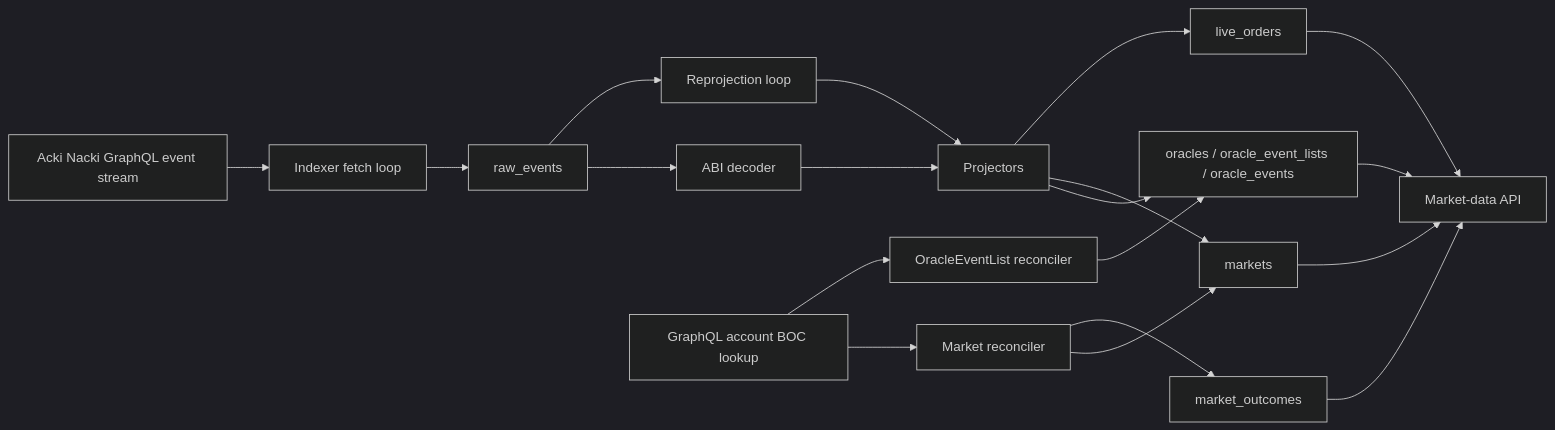
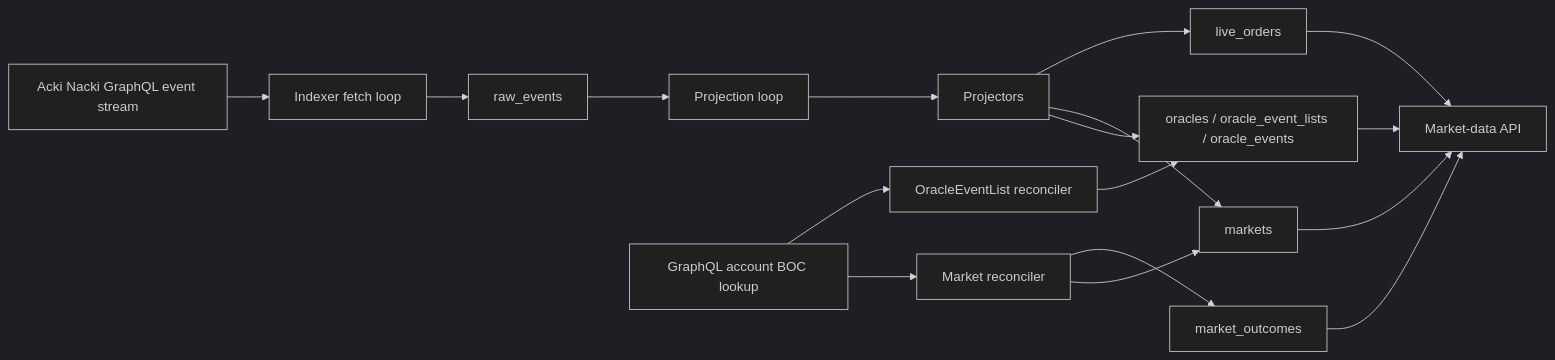
One commit to ackinax/dexdo changed the diagram in docs/tech-specs/indexer.md. Above: the diagram before and after it, drawn with Mermaid (dark theme). The commit also changed other lines of this file and 2 other files, not shown here.

Commit message:
docs(indexer): document capture/projection split

````diff
--- a/docs/tech-specs/indexer.md
+++ b/docs/tech-specs/indexer.md
@@ -23,23 +23,21 @@
 ```mermaid
 flowchart LR
     chain[Acki Nacki GraphQL event stream] --> ingest[Indexer fetch loop]
     ingest --> raw[raw_events]
-    raw --> decoder[ABI decoder]
-    decoder --> projectors[Projectors]
+    raw --> project[Projection loop]
+    project --> projectors[Projectors]
     projectors --> discovery[oracles / oracle_event_lists / oracle_events]
     projectors --> markets[markets]
     projectors --> orders[live_orders]
-    raw --> retry[Reprojection loop]
-    retry --> projectors
 
     chain_state[GraphQL account BOC lookup] --> market_reconciler[Market reconciler]
     chain_state --> oel_reconciler[OracleEventList reconciler]
     market_reconciler --> markets
     market_reconciler --> outcomes[market_outcomes]
     oel_reconciler --> discovery
 
     discovery --> api[Market-data API]
     markets --> api
     outcomes --> api
     orders --> api
 ```
````
